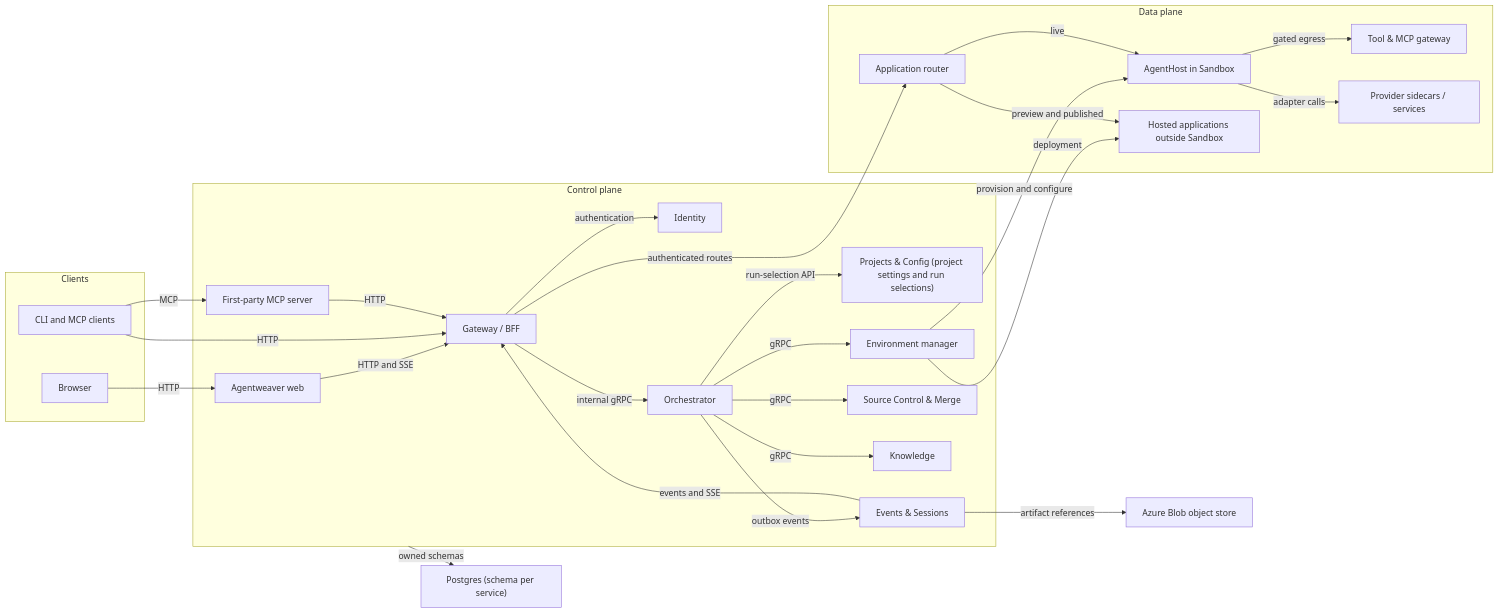
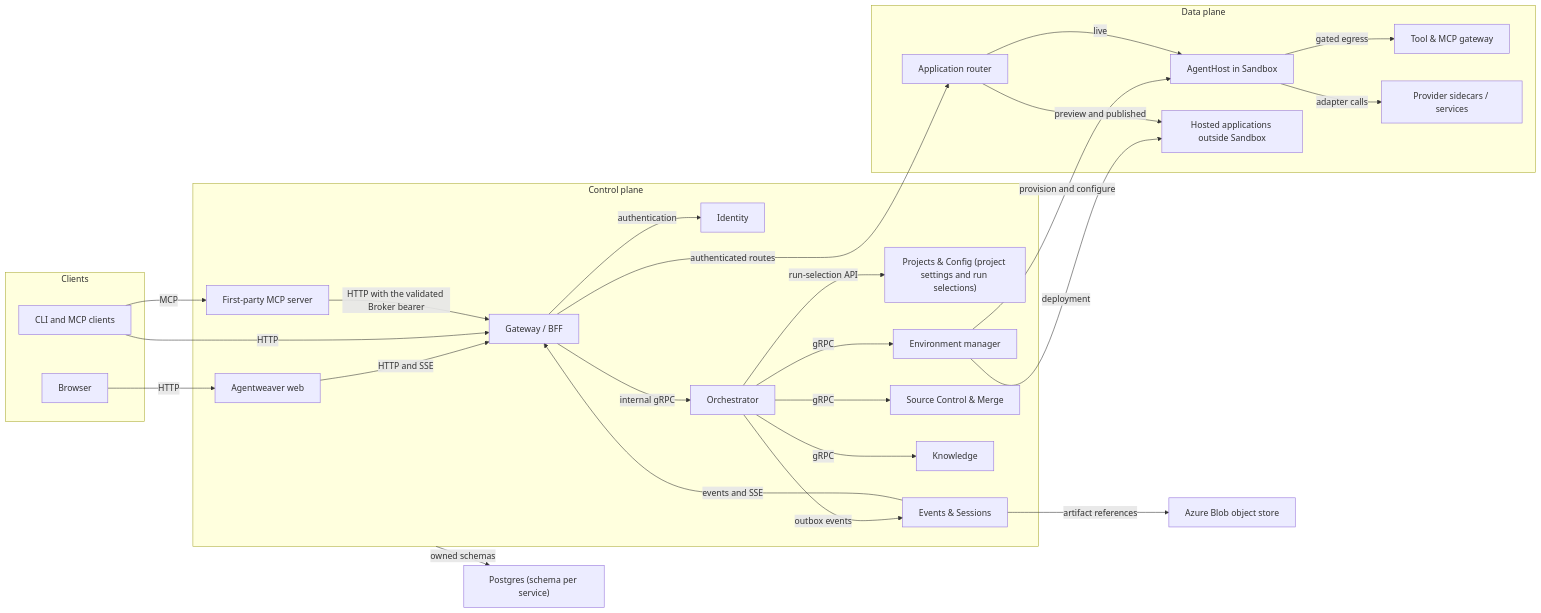
Before and after one commit to sabbour/agentweaver: the first of 2 diagrams in docs/architecture/design/services-and-release.md, drawn with Mermaid. The commit also changed other lines of this file and 33 other files, not shown here.

````diff
--- a/docs/architecture/design/services-and-release.md
+++ b/docs/architecture/design/services-and-release.md
@@ -77,50 +77,50 @@
 ```mermaid
 flowchart LR
     subgraph Clients["Clients"]
         Browser["Browser"]
         Cli["CLI and MCP clients"]
     end
     subgraph Control["Control plane"]
         Web["Agentweaver web"]
         Bff["Gateway / BFF"]
         Identity["Identity"]
         Config["Projects & Config (project settings and run selections)"]
         Orch["Orchestrator"]
         Env["Environment manager"]
         Source["Source Control & Merge"]
         Knowledge["Knowledge"]
         Events["Events & Sessions"]
         Mcp["First-party MCP server"]
     end
     subgraph Data["Data plane"]
         Host["AgentHost in Sandbox"]
         Tool["Tool & MCP gateway"]
         Router["Application router"]
         Apps["Hosted applications outside Sandbox"]
         Sidecars["Provider sidecars / services"]
     end
     Db["Postgres (schema per service)"]
     Blob["Azure Blob object store"]
     Browser -->|"HTTP"| Web
     Web -->|"HTTP and SSE"| Bff
     Cli -->|"HTTP"| Bff
     Cli -->|"MCP"| Mcp
-    Mcp -->|"HTTP"| Bff
+    Mcp -->|"HTTP with the validated Broker bearer"| Bff
     Bff -->|"internal gRPC"| Orch
     Bff -->|"authentication"| Identity
     Orch -->|"run-selection API"| Config
     Orch -->|"gRPC"| Knowledge
     Orch -->|"gRPC"| Source
     Orch -->|"gRPC"| Env
     Orch -->|"outbox events"| Events
     Events -->|"events and SSE"| Bff
     Control -->|"owned schemas"| Db
     Events -->|"artifact references"| Blob
     Env -->|"provision and configure"| Host
     Env -->|"deployment"| Apps
     Host -->|"gated egress"| Tool
     Host -->|"adapter calls"| Sidecars
     Bff -->|"authenticated routes"| Router
     Router -->|"live"| Host
     Router -->|"preview and published"| Apps
 ```
````
